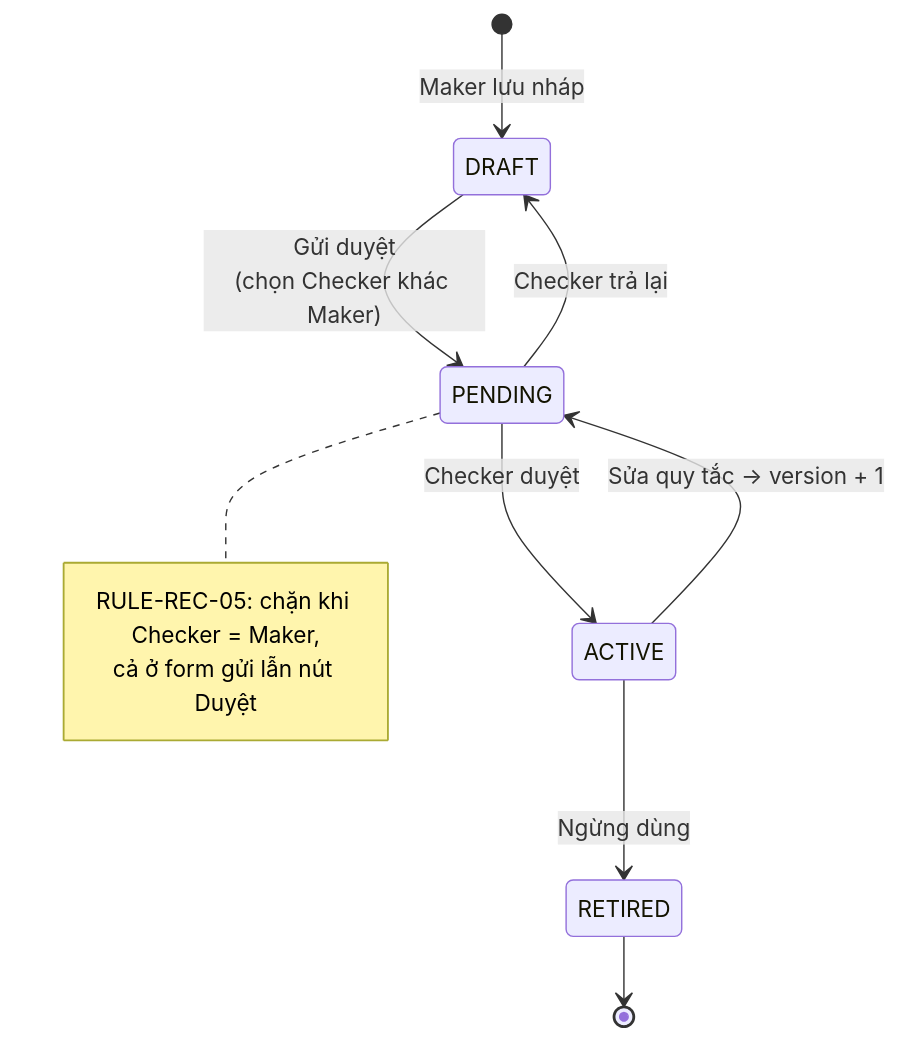
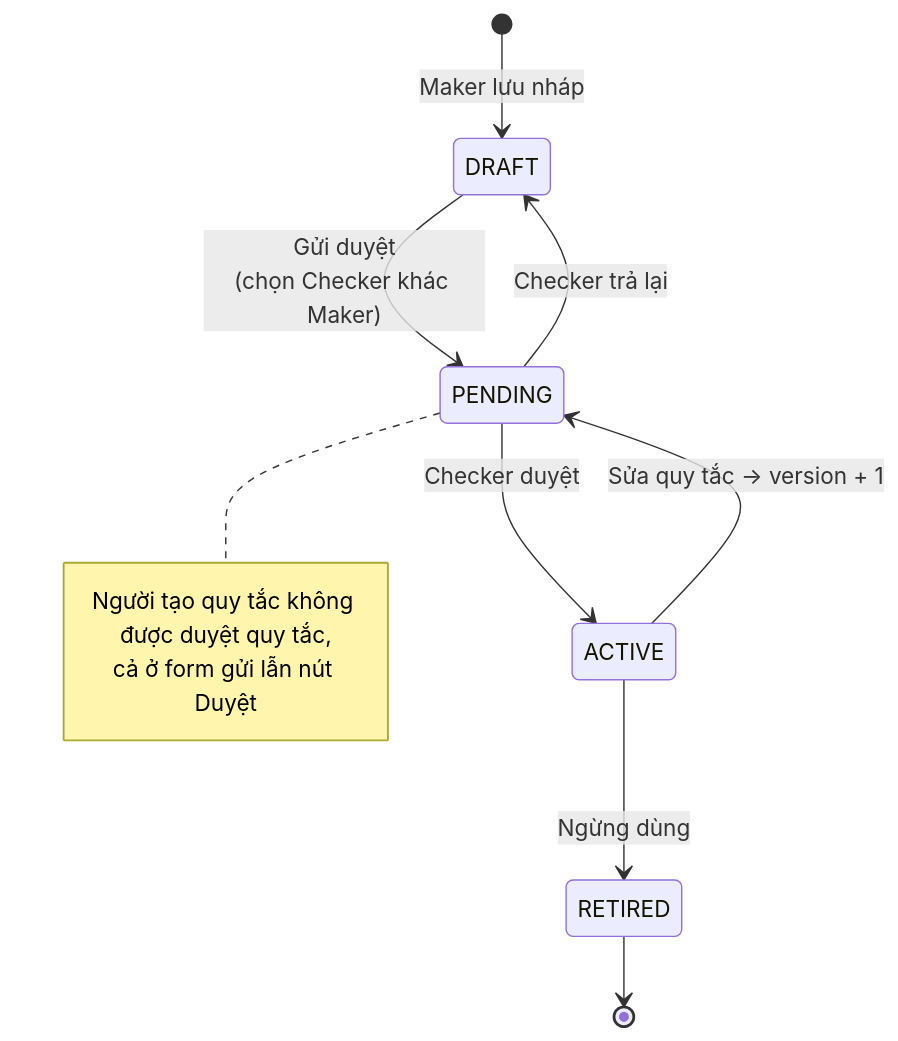
One commit to handao2303/aegis-ekyc-ui changed the second of 6 diagrams in docs/02-reconciliation/R01-reconciliation-flow.md. Above: the diagram before and after it, drawn with Mermaid. The commit also changed other lines of this file and 9 other files, not shown here.

Commit message:
Module 2 docs: R01 v1.1 aligned with prototype after R04 round 2 (PENDING_POSTING, 3 resolution types, RETURNED/resubmit, RULE-REC-05 baseline meaning), document control; R03/R04 v1.3 approval sections

````diff
--- a/docs/02-reconciliation/R01-reconciliation-flow.md
+++ b/docs/02-reconciliation/R01-reconciliation-flow.md
@@ -45,14 +47,14 @@
 ```mermaid
 stateDiagram-v2
     [*] --> DRAFT: Maker lưu nháp
     DRAFT --> PENDING: Gửi duyệt<br/>(chọn Checker khác Maker)
     PENDING --> ACTIVE: Checker duyệt
     PENDING --> DRAFT: Checker trả lại
     ACTIVE --> PENDING: Sửa quy tắc → version + 1
     ACTIVE --> RETIRED: Ngừng dùng
     RETIRED --> [*]
     note right of PENDING
-        RULE-REC-05: chặn khi Checker = Maker,
+        Người tạo quy tắc không được duyệt quy tắc,
         cả ở form gửi lẫn nút Duyệt
     end note
 ```
````
